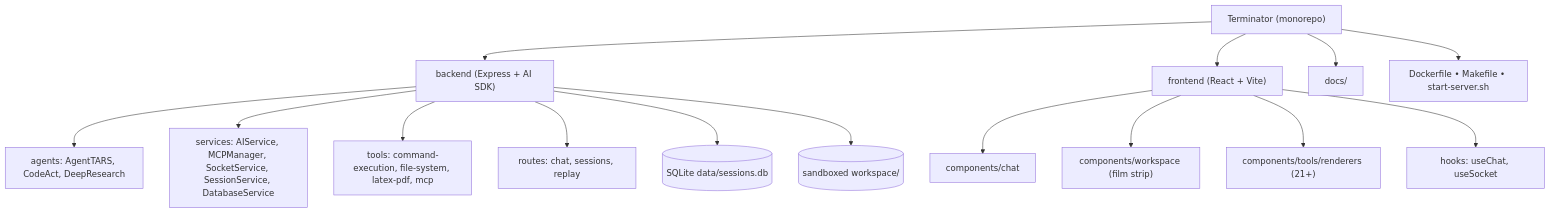
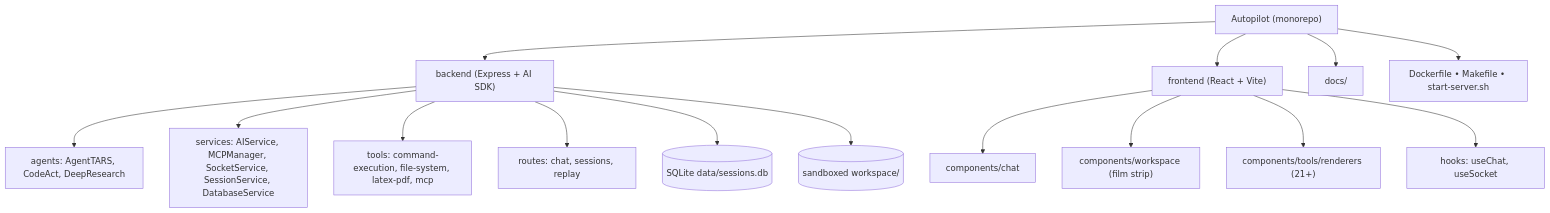
Before and after one commit to robloxsagax-web/Autopilot: the third of 3 diagrams in README.md, drawn with Mermaid. The commit also changed other lines of this file and 4 other files, not shown here.

Commit message:
Rebrand Terminator to Autopilot with new tagline and brand logo

````diff
--- a/README.md
+++ b/README.md
@@ -345,19 +345,19 @@
 ```mermaid
 graph TD
-    ROOT["Terminator (monorepo)"] --> BE["backend (Express + AI SDK)"]
+    ROOT["Autopilot (monorepo)"] --> BE["backend (Express + AI SDK)"]
     ROOT --> FE["frontend (React + Vite)"]
     ROOT --> DOCS["docs/"]
     ROOT --> OPS["Dockerfile • Makefile • start-server.sh"]
 
     BE --> AG["agents: AgentTARS, CodeAct, DeepResearch"]
     BE --> SV["services: AIService, MCPManager, SocketService, SessionService, DatabaseService"]
     BE --> TL["tools: command-execution, file-system, latex-pdf, mcp"]
     BE --> RT["routes: chat, sessions, replay"]
     BE --> DB[(SQLite data/sessions.db)]
     BE --> WS[(sandboxed workspace/)]
 
     FE --> CH["components/chat"]
     FE --> WB["components/workspace (film strip)"]
     FE --> TR["components/tools/renderers (21+)"]
     FE --> H["hooks: useChat, useSocket"]
 ```
````
